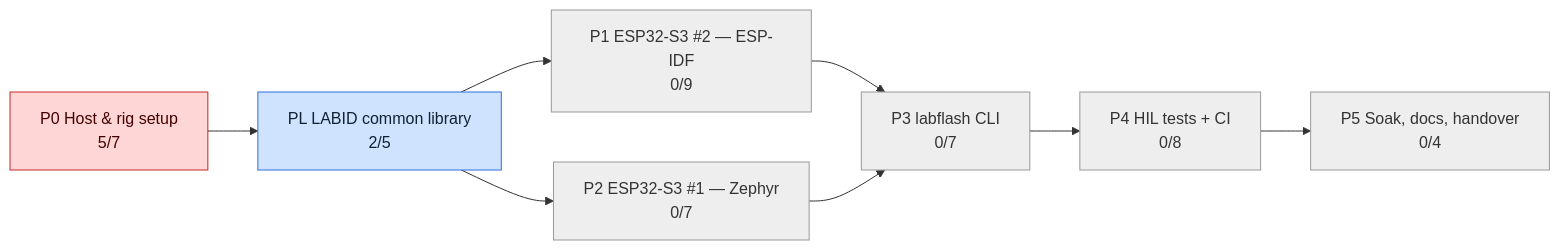
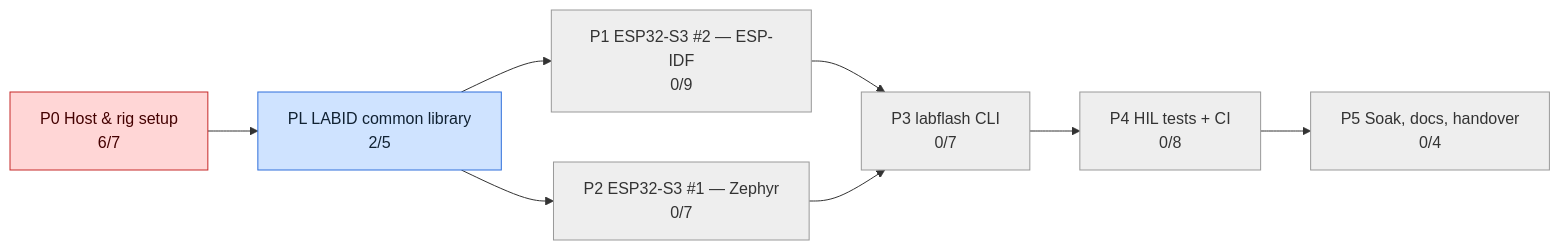
Before and after one commit to mohamed-soubhi/bootlab-esp: the second of 3 diagrams in tickets/TICKETS.md, drawn with Mermaid. The commit also changed other lines of this file and 5 other files, not shown here.

````diff
--- a/tickets/TICKETS.md
+++ b/tickets/TICKETS.md
@@ -31,21 +31,21 @@
 ```mermaid
 flowchart LR
-    E0["P0 Host & rig setup<br/>5/7"]:::blocked
+    E0["P0 Host & rig setup<br/>6/7"]:::blocked
     EL["PL LABID common library<br/>2/5"]:::doing
     E1["P1 ESP32-S3 #2 — ESP-IDF<br/>0/9"]:::todo
     E2["P2 ESP32-S3 #1 — Zephyr<br/>0/7"]:::todo
     E3["P3 labflash CLI<br/>0/7"]:::todo
     E4["P4 HIL tests + CI<br/>0/8"]:::todo
     E5["P5 Soak, docs, handover<br/>0/4"]:::todo
     E0 --> EL
     E1 --> E3
     E2 --> E3
     E3 --> E4
     E4 --> E5
     EL --> E1
     EL --> E2
     classDef todo fill:#eeeeee,stroke:#999,color:#333
     classDef doing fill:#cfe3ff,stroke:#2f6fdb,color:#123
     classDef blocked fill:#ffd6d6,stroke:#c62828,color:#400
     classDef done fill:#d4f5d4,stroke:#2e7d32,color:#132
 ```
````
